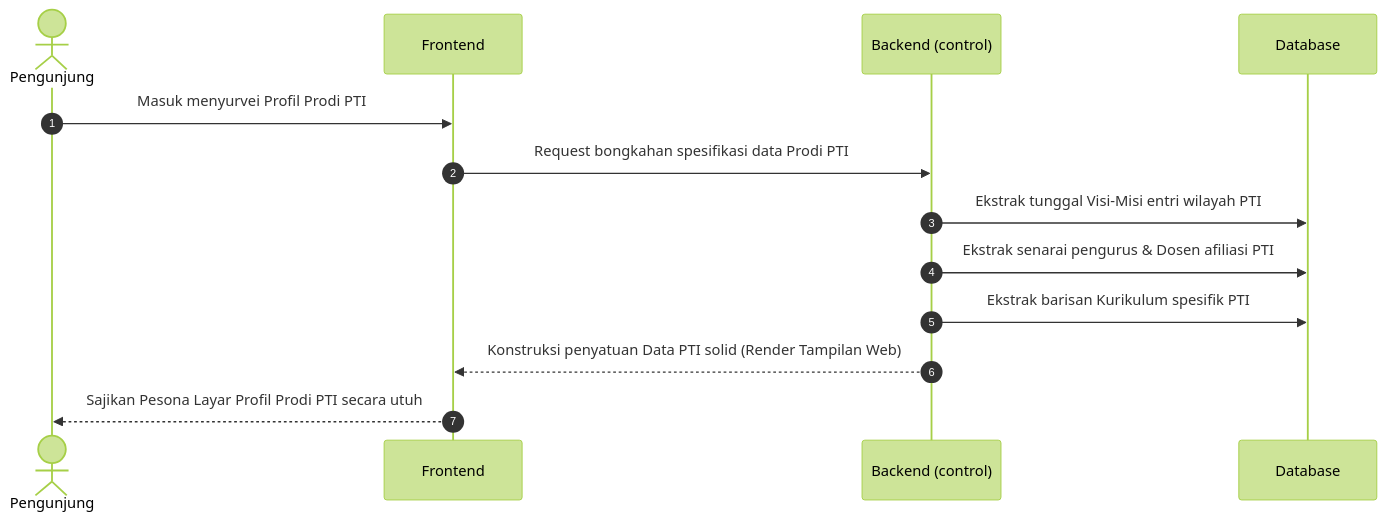
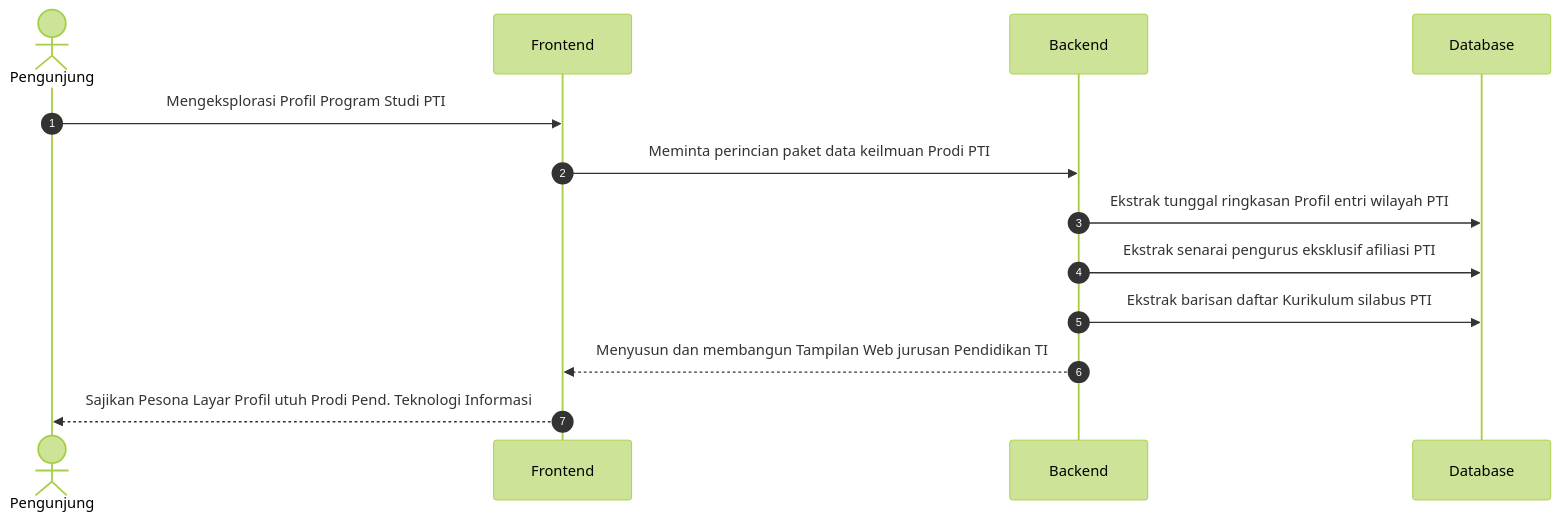
Before and after one commit to arbain-dev/Web_fikom: the ninth of 22 diagrams in docs/kumpulan_sequence_frontend.md, drawn with Mermaid (forest theme). The commit also changed other lines of this file and 1 other file, not shown here.

Commit message:
docs: menyederhanakan bahasa teknikal (query, render, html, http, json) menjadi perbendaharaan operasional sederhana di diagram aktivitas public frontend

````diff
--- a/docs/kumpulan_sequence_frontend.md
+++ b/docs/kumpulan_sequence_frontend.md
@@ -176,18 +171,18 @@
 ```mermaid
 sequenceDiagram
     autonumber
     actor User as Pengunjung
-    participant Frontend
-    participant Backend as Backend (control)
-    participant DB as Database
+    participant Frontend as Frontend
+    participant Backend as Backend
+    participant Database as Database
 
-    User->>Frontend: Masuk menyurvei Profil Prodi PTI
-    Frontend->>Backend: Request bongkahan spesifikasi data Prodi PTI
+    User->>Frontend: Mengeksplorasi Profil Program Studi PTI
+    Frontend->>Backend: Meminta perincian paket data keilmuan Prodi PTI
     
-    Backend->>DB: Ekstrak tunggal Visi-Misi entri wilayah PTI
-    Backend->>DB: Ekstrak senarai pengurus & Dosen afiliasi PTI
-    Backend->>DB: Ekstrak barisan Kurikulum spesifik PTI
+    Backend->>Database: Ekstrak tunggal ringkasan Profil entri wilayah PTI
+    Backend->>Database: Ekstrak senarai pengurus eksklusif afiliasi PTI
+    Backend->>Database: Ekstrak barisan daftar Kurikulum silabus PTI
     
-    Backend-->>Frontend: Konstruksi penyatuan Data PTI solid (Render Tampilan Web)
-    Frontend-->>User: Sajikan Pesona Layar Profil Prodi PTI secara utuh
+    Backend-->>Frontend: Menyusun dan membangun Tampilan Web jurusan Pendidikan TI
+    Frontend-->>User: Sajikan Pesona Layar Profil utuh Prodi Pend. Teknologi Informasi
 ```
````
